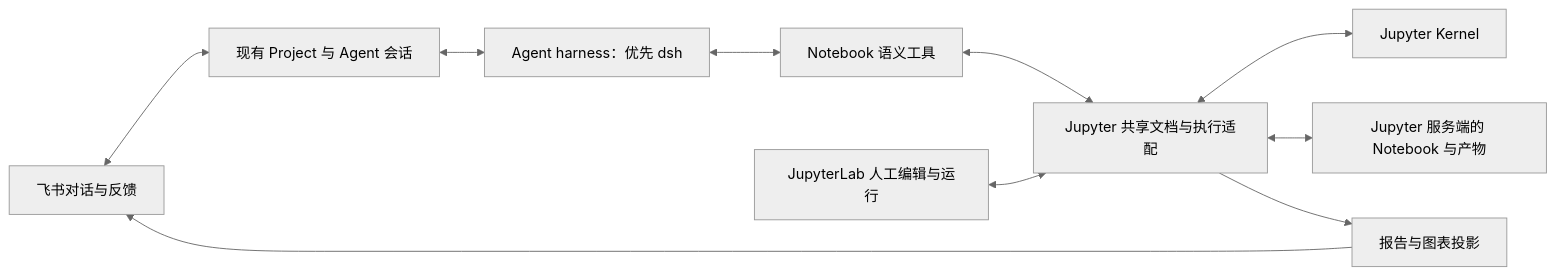
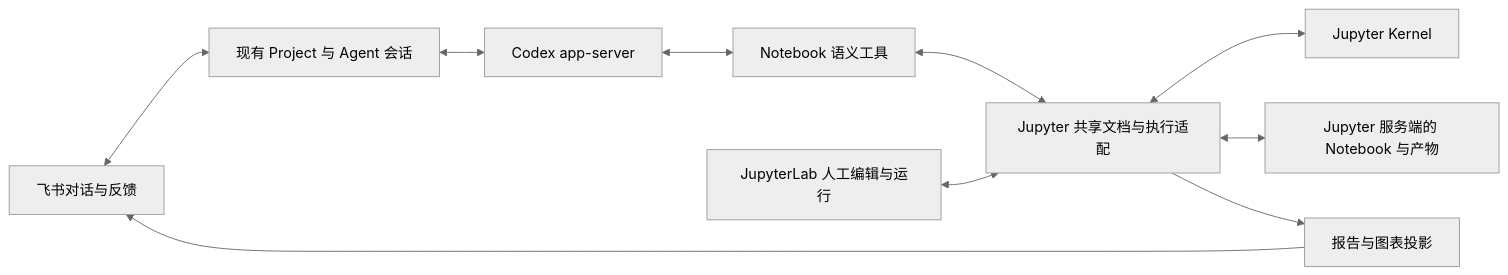
The diagram in docs/designs/jupyter-harness.md (hs3180/disclaude), drawn with Mermaid (neutral theme) before and after one commit. The commit also changed other lines of this file, not shown here.

````diff
--- a/docs/designs/jupyter-harness.md
+++ b/docs/designs/jupyter-harness.md
@@ -27,12 +27,12 @@
 ```mermaid
 flowchart LR
   F[飞书对话与反馈] <--> P[现有 Project 与 Agent 会话]
-  P <--> A[Agent harness：优先 dsh]
+  P <--> A[Codex app-server]
   A <--> T[Notebook 语义工具]
   T <--> J[Jupyter 共享文档与执行适配]
   H[JupyterLab 人工编辑与运行] <--> J
   J <--> K[Jupyter Kernel]
   J <--> N[Jupyter 服务端的 Notebook 与产物]
   J --> V[报告与图表投影]
   V --> F
 ```
````
